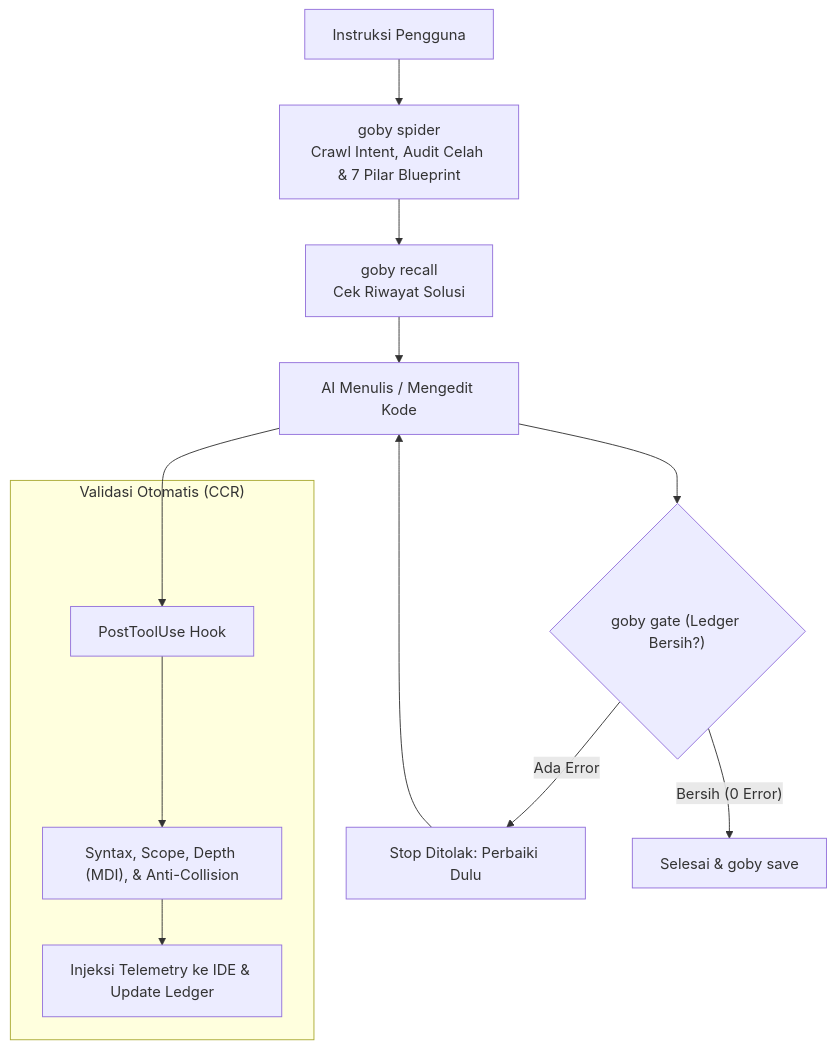
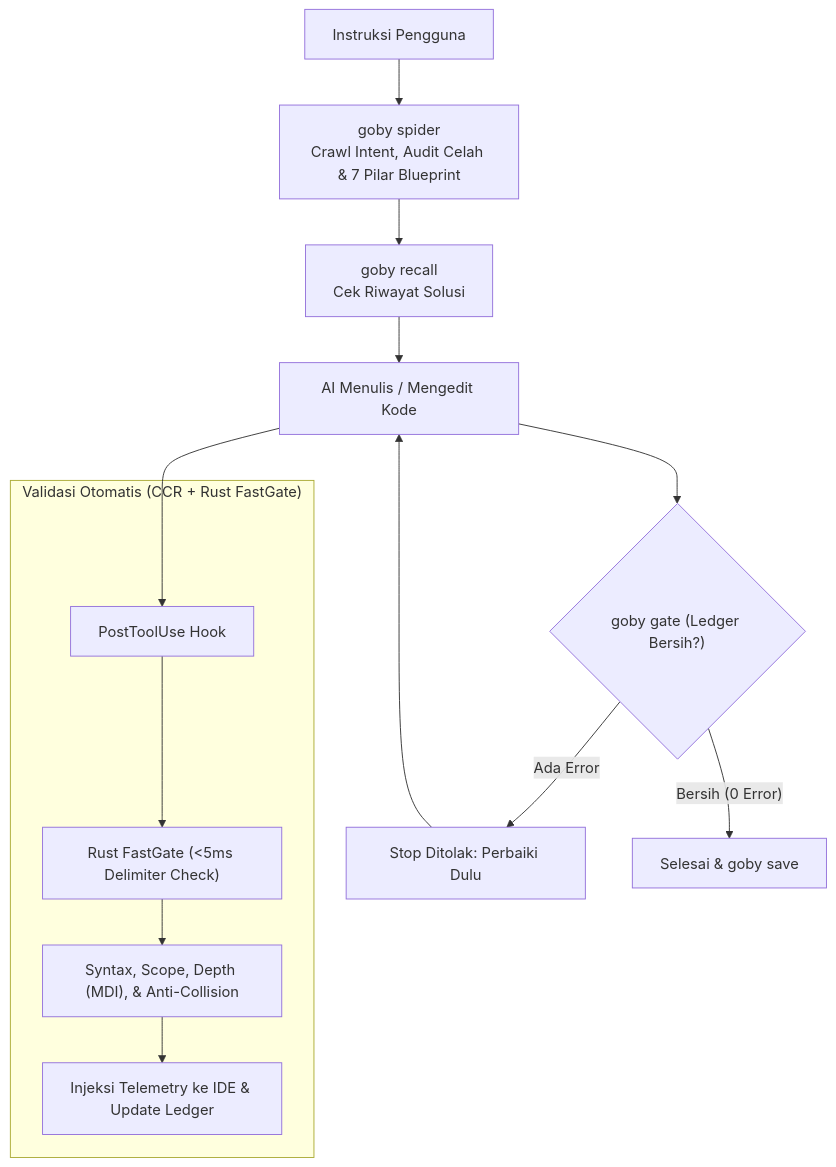
Before and after one commit to V4nds/Gobysh: the diagram in README.md, drawn with Mermaid. The commit also changed other lines of this file and 12 other files, not shown here.

Commit message:
feat(rust): implement goby_core native accelerator for fast gate and AST scanner

````diff
--- a/README.md
+++ b/README.md
@@ -40,17 +45,18 @@
 ```mermaid
 flowchart TD
     UserPrompt["Instruksi Pengguna"] --> Spider["goby spider\nCrawl Intent, Audit Celah & 7 Pilar Blueprint"]
     Spider --> Recall["goby recall\nCek Riwayat Solusi"]
     Recall --> Code["AI Menulis / Mengedit Kode"]
     
     Code --> Hook["PostToolUse Hook"]
-    subgraph Guardrail ["Validasi Otomatis (CCR)"]
-        Hook --> Checks["Syntax, Scope, Depth (MDI), & Anti-Collision"]
+    subgraph Guardrail ["Validasi Otomatis (CCR + Rust FastGate)"]
+        Hook --> FastGate["Rust FastGate (<5ms Delimiter Check)"]
+        FastGate --> Checks["Syntax, Scope, Depth (MDI), & Anti-Collision"]
         Checks --> Telemetry["Injeksi Telemetry ke IDE & Update Ledger"]
     end
     
     Code --> StopGate{"goby gate (Ledger Bersih?)"}
     StopGate -- "Ada Error" --> Block["Stop Ditolak: Perbaiki Dulu"]
     Block --> Code
     StopGate -- "Bersih (0 Error)" --> Finish["Selesai & goby save"]
 ```
````
